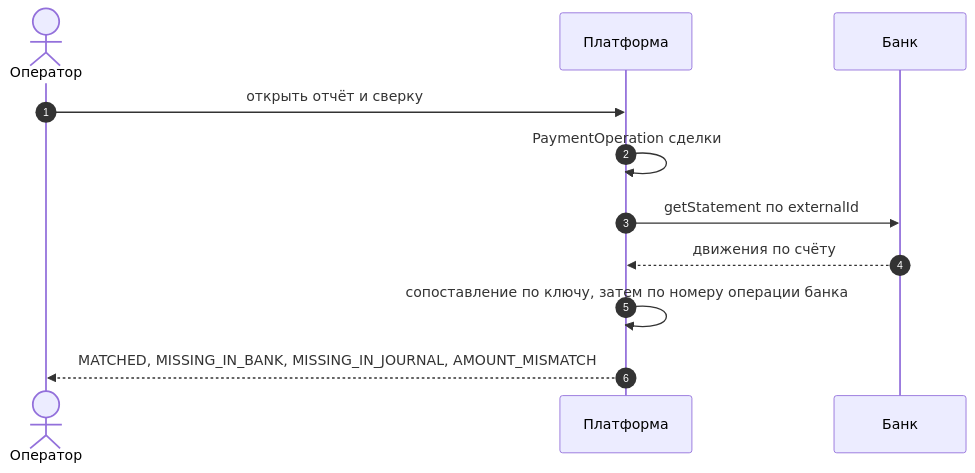
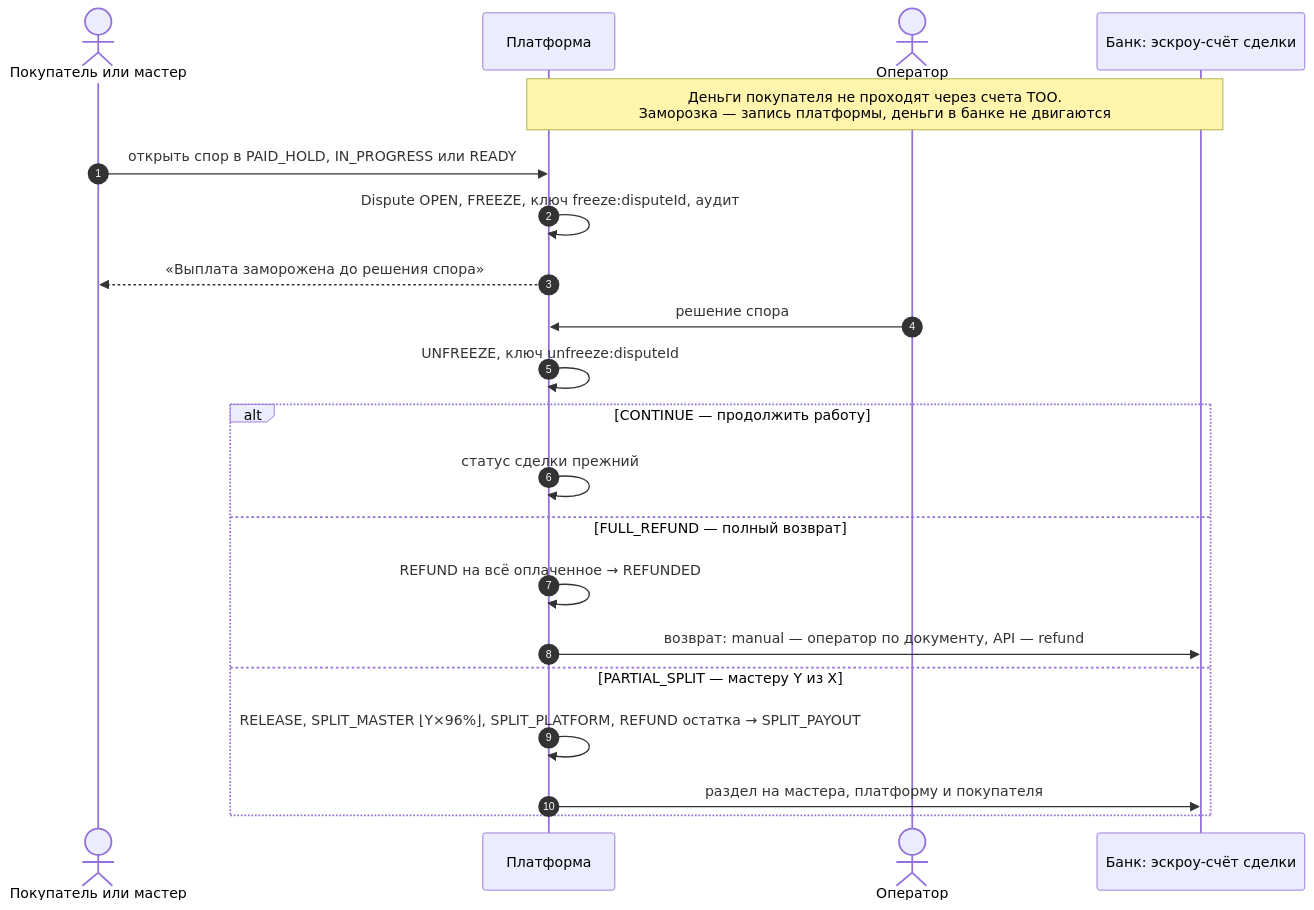
The sixth of 6 diagrams in docs/bank/03-escrow-integration.md (CemeteryPlaya/senim-platform), drawn with Mermaid before and after one commit. The commit also changed other lines of this file and 2 other files, not shown here.

First line of the commit message:
docs(bank): требования к банку и контракт под модель денег ТЗ v1.0

````diff
--- a/docs/bank/03-escrow-integration.md
+++ b/docs/bank/03-escrow-integration.md
@@ -339,14 +356,24 @@
 ```mermaid
 sequenceDiagram
   autonumber
+  actor S as Покупатель или мастер
+  participant P as Платформа
   actor O as Оператор
-  participant P as Платформа
-  participant B as Банк
+  participant B as Банк: эскроу-счёт сделки
 
-  O->>P: открыть отчёт и сверку
-  P->>P: PaymentOperation сделки
-  P->>B: getStatement по externalId
-  B-->>P: движения по счёту
-  P->>P: сопоставление по ключу, затем по номеру операции банка
-  P-->>O: MATCHED, MISSING_IN_BANK, MISSING_IN_JOURNAL, AMOUNT_MISMATCH
+  Note over P,B: Деньги покупателя не проходят через счета ТОО.<br/>Заморозка — запись платформы, деньги в банке не двигаются
+  S->>P: открыть спор в PAID_HOLD, IN_PROGRESS или READY
+  P->>P: Dispute OPEN, FREEZE, ключ freeze:disputeId, аудит
+  P-->>S: «Выплата заморожена до решения спора»
+  O->>P: решение спора
+  P->>P: UNFREEZE, ключ unfreeze:disputeId
+  alt CONTINUE — продолжить работу
+    P->>P: статус сделки прежний
+  else FULL_REFUND — полный возврат
+    P->>P: REFUND на всё оплаченное → REFUNDED
+    P->>B: возврат: manual — оператор по документу, API — refund
+  else PARTIAL_SPLIT — мастеру Y из X
+    P->>P: RELEASE, SPLIT_MASTER ⌊Y×96%⌋, SPLIT_PLATFORM, REFUND остатка → SPLIT_PAYOUT
+    P->>B: раздел на мастера, платформу и покупателя
+  end
 ```
````
